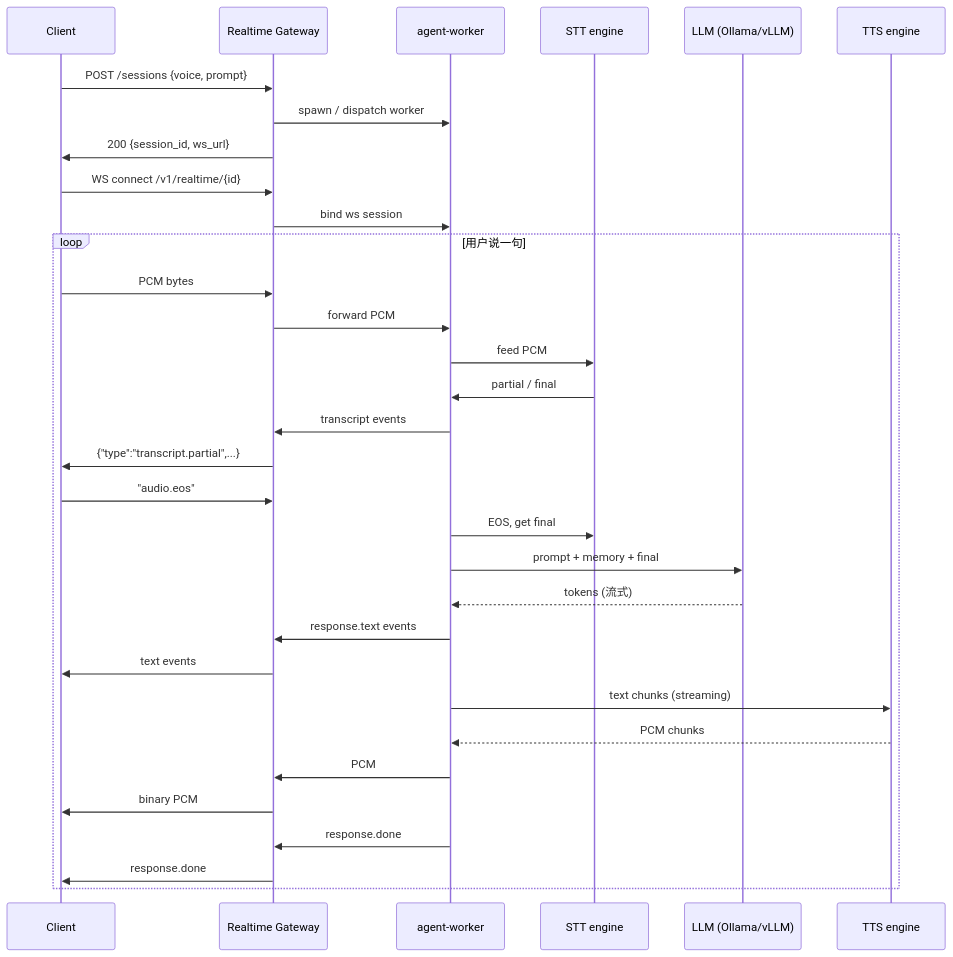
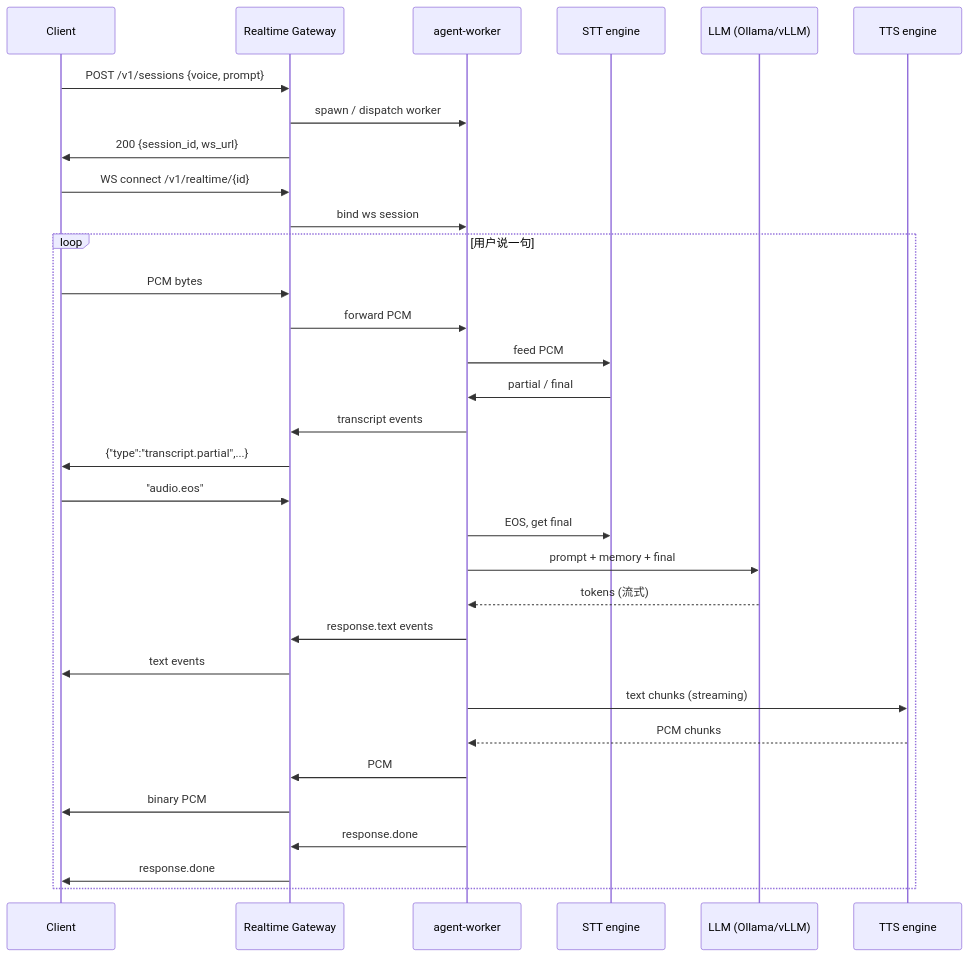
The fourth of 5 diagrams in ARCHITECTURE.md (zinohome/RTVoice), drawn with Mermaid before and after one commit. The commit also changed other lines of this file and 3 other files, not shown here.

````diff
--- a/ARCHITECTURE.md
+++ b/ARCHITECTURE.md
@@ -234,34 +234,34 @@
 ```mermaid
 sequenceDiagram
     participant C as Client
     participant G as Realtime Gateway
     participant AW as agent-worker
     participant STT as STT engine
     participant LLM as LLM (Ollama/vLLM)
     participant TTS as TTS engine
-    C->>G: POST /sessions {voice, prompt}
+    C->>G: POST /v1/sessions {voice, prompt}
     G->>AW: spawn / dispatch worker
     G->>C: 200 {session_id, ws_url}
     C->>G: WS connect /v1/realtime/{id}
     G->>AW: bind ws session
     loop 用户说一句
         C->>G: PCM bytes
         G->>AW: forward PCM
         AW->>STT: feed PCM
         STT->>AW: partial / final
         AW->>G: transcript events
         G->>C: {"type":"transcript.partial",...}
         C->>G: "audio.eos"
         AW->>STT: EOS, get final
         AW->>LLM: prompt + memory + final
         LLM-->>AW: tokens (流式)
         AW->>G: response.text events
         G->>C: text events
         AW->>TTS: text chunks (streaming)
         TTS-->>AW: PCM chunks
         AW->>G: PCM
         G->>C: binary PCM
         AW->>G: response.done
         G->>C: response.done
     end
 ```
````
